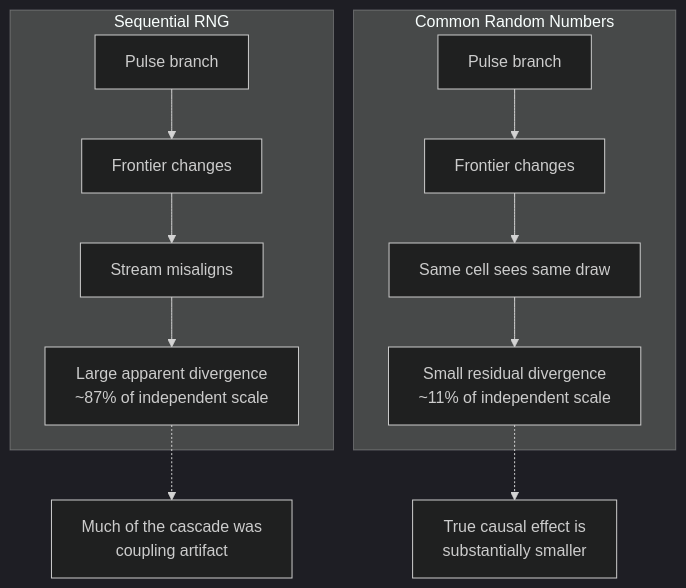
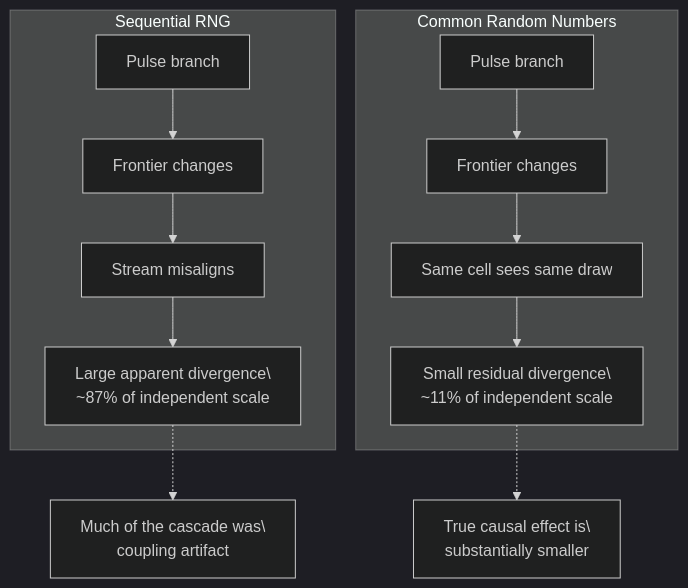
Before and after one commit to ernanhughes/Digital-Life: the second of 4 diagrams in content/books/digital-life/17-how-does-the-crystal-respond-to-perturbation/index.md, drawn with Mermaid (dark theme). The commit also changed other lines of this file and 5 other files, not shown here.

````diff
--- a/content/books/digital-life/17-how-does-the-crystal-respond-to-perturbation/index.md
+++ b/content/books/digital-life/17-how-does-the-crystal-respond-to-perturbation/index.md
@@ -219,15 +219,15 @@
 ```mermaid
 flowchart TD
-    subgraph Sequential RNG
-    A1[Pulse branch] --> B1[Frontier changes]
-    B1 --> C1[Stream misaligns]
-    C1 --> D1[Large apparent divergence<br/>~87% of independent scale]
-    end
-    subgraph Common Random Numbers
-    A2[Pulse branch] --> B2[Frontier changes]
-    B2 --> C2[Same cell sees same draw]
-    C2 --> D2[Small residual divergence<br/>~11% of independent scale]
-    end
-    D1 -.-> E[Much of the cascade was<br/>coupling artifact]
-    D2 -.-> F[True causal effect is<br/>substantially smaller]
+    subgraph Sequential RNG
+    A1[Pulse branch] --> B1[Frontier changes]
+    B1 --> C1[Stream misaligns]
+    C1 --> D1[Large apparent divergence\<br/>~87% of independent scale]
+    end
+    subgraph Common Random Numbers
+    A2[Pulse branch] --> B2[Frontier changes]
+    B2 --> C2[Same cell sees same draw]
+    C2 --> D2[Small residual divergence\<br/>~11% of independent scale]
+    end
+    D1 -.-> E[Much of the cascade was\<br/>coupling artifact]
+    D2 -.-> F[True causal effect is\<br/>substantially smaller]
 ```
````
